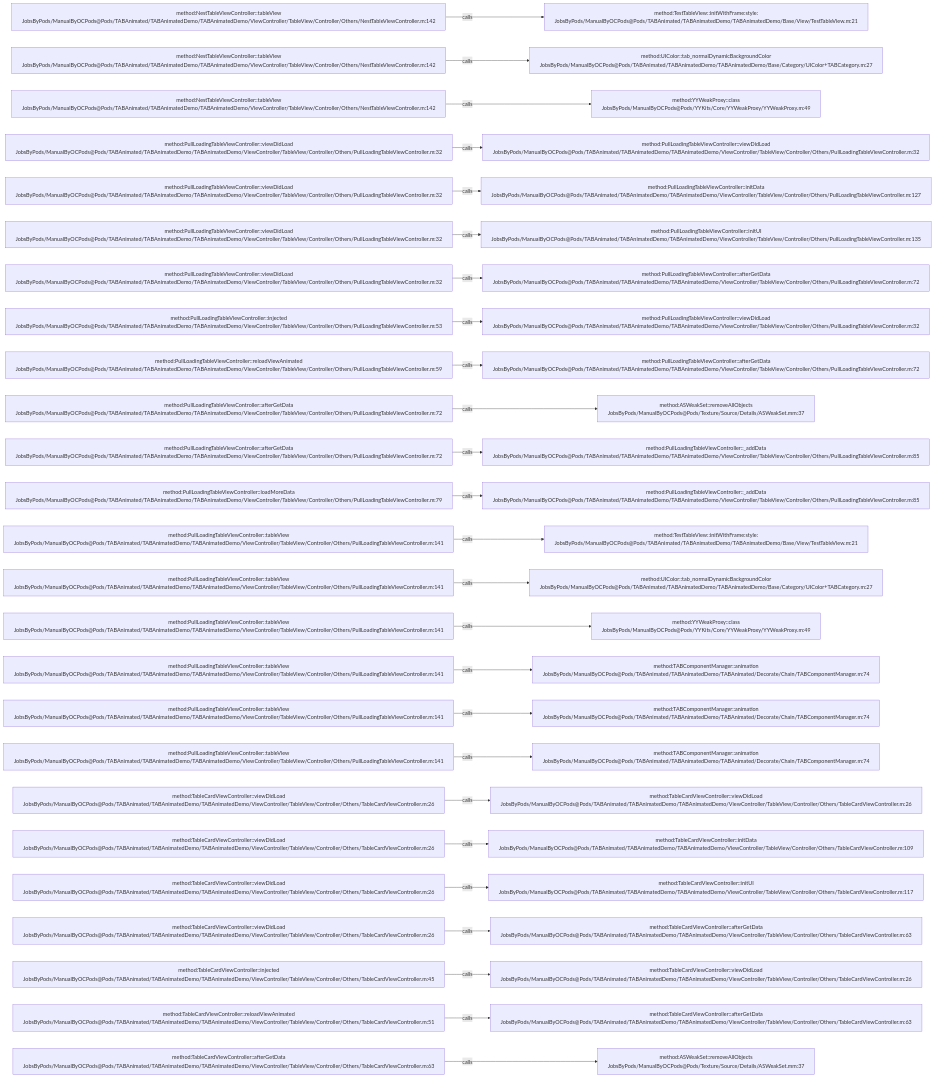
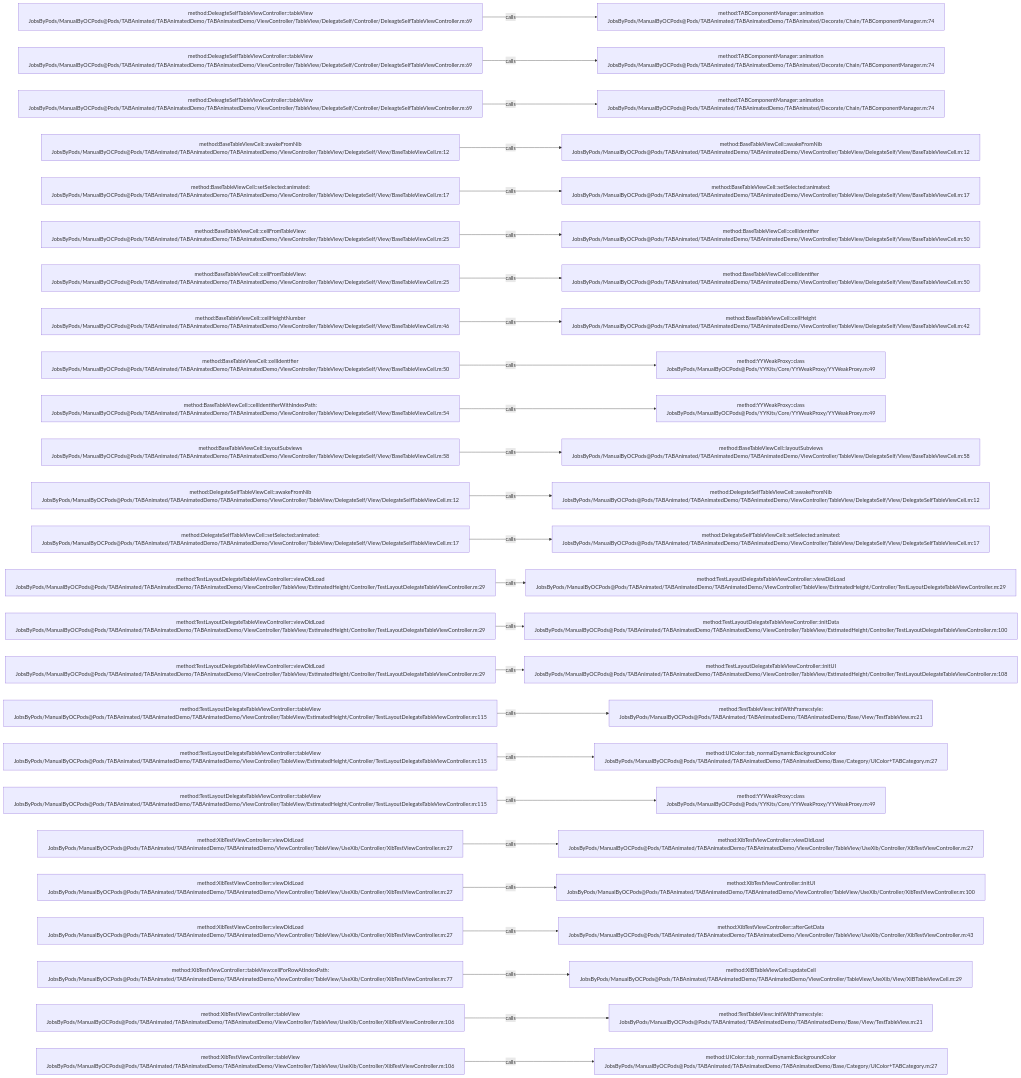
Before and after one commit to JobsKits/JobsOCBaseConfigDemo: the diagram in .codegraph/codegraph.md/graphs/calls-050.md, drawn with Mermaid. The commit also changed 2723 other files, not shown here.

````diff
--- a/.codegraph/codegraph.md/graphs/calls-050.md
+++ b/.codegraph/codegraph.md/graphs/calls-050.md
@@ -13,78 +13,78 @@
 ```mermaid
 flowchart LR
-  S1["method:NestTableViewController::tableView<br/>JobsByPods/ManualByOCPods@Pods/TABAnimated/TABAnimatedDemo/TABAnimatedDemo/ViewController/TableView/Controller/Others/NestTableViewController.m:142"]
-  T1["method:TestTableView::initWithFrame:style:<br/>JobsByPods/ManualByOCPods@Pods/TABAnimated/TABAnimatedDemo/TABAnimatedDemo/Base/View/TestTableView.m:21"]
+  S1["method:DeleagteSelfTableViewController::tableView<br/>JobsByPods/ManualByOCPods@Pods/TABAnimated/TABAnimatedDemo/TABAnimatedDemo/ViewController/TableView/DelegateSelf/Controller/DeleagteSelfTableViewController.m:69"]
+  T1["method:TABComponentManager::animation<br/>JobsByPods/ManualByOCPods@Pods/TABAnimated/TABAnimatedDemo/TABAnimated/Decorate/Chain/TABComponentManager.m:74"]
   S1 -->|calls| T1
-  S2["method:NestTableViewController::tableView<br/>JobsByPods/ManualByOCPods@Pods/TABAnimated/TABAnimatedDemo/TABAnimatedDemo/ViewController/TableView/Controller/Others/NestTableViewController.m:142"]
-  T2["method:UIColor::tab_normalDynamicBackgroundColor<br/>JobsByPods/ManualByOCPods@Pods/TABAnimated/TABAnimatedDemo/TABAnimatedDemo/Base/Category/UIColor+TABCategory.m:27"]
+  S2["method:DeleagteSelfTableViewController::tableView<br/>JobsByPods/ManualByOCPods@Pods/TABAnimated/TABAnimatedDemo/TABAnimatedDemo/ViewController/TableView/DelegateSelf/Controller/DeleagteSelfTableViewController.m:69"]
+  T2["method:TABComponentManager::animation<br/>JobsByPods/ManualByOCPods@Pods/TABAnimated/TABAnimatedDemo/TABAnimated/Decorate/Chain/TABComponentManager.m:74"]
   S2 -->|calls| T2
-  S3["method:NestTableViewController::tableView<br/>JobsByPods/ManualByOCPods@Pods/TABAnimated/TABAnimatedDemo/TABAnimatedDemo/ViewController/TableView/Controller/Others/NestTableViewController.m:142"]
-  T3["method:YYWeakProxy::class<br/>JobsByPods/ManualByOCPods@Pods/YYKits/Core/YYWeakProxy/YYWeakProxy.m:49"]
+  S3["method:DeleagteSelfTableViewController::tableView<br/>JobsByPods/ManualByOCPods@Pods/TABAnimated/TABAnimatedDemo/TABAnimatedDemo/ViewController/TableView/DelegateSelf/Controller/DeleagteSelfTableViewController.m:69"]
+  T3["method:TABComponentManager::animation<br/>JobsByPods/ManualByOCPods@Pods/TABAnimated/TABAnimatedDemo/TABAnimated/Decorate/Chain/TABComponentManager.m:74"]
   S3 -->|calls| T3
-  S4["method:PullLoadingTableViewController::viewDidLoad<br/>JobsByPods/ManualByOCPods@Pods/TABAnimated/TABAnimatedDemo/TABAnimatedDemo/ViewController/TableView/Controller/Others/PullLoadingTableViewController.m:32"]
-  T4["method:PullLoadingTableViewController::viewDidLoad<br/>JobsByPods/ManualByOCPods@Pods/TABAnimated/TABAnimatedDemo/TABAnimatedDemo/ViewController/TableView/Controller/Others/PullLoadingTableViewController.m:32"]
+  S4["method:BaseTableViewCell::awakeFromNib<br/>JobsByPods/ManualByOCPods@Pods/TABAnimated/TABAnimatedDemo/TABAnimatedDemo/ViewController/TableView/DelegateSelf/View/BaseTableViewCell.m:12"]
+  T4["method:BaseTableViewCell::awakeFromNib<br/>JobsByPods/ManualByOCPods@Pods/TABAnimated/TABAnimatedDemo/TABAnimatedDemo/ViewController/TableView/DelegateSelf/View/BaseTableViewCell.m:12"]
   S4 -->|calls| T4
-  S5["method:PullLoadingTableViewController::viewDidLoad<br/>JobsByPods/ManualByOCPods@Pods/TABAnimated/TABAnimatedDemo/TABAnimatedDemo/ViewController/TableView/Controller/Others/PullLoadingTableViewController.m:32"]
-  T5["method:PullLoadingTableViewController::initData<br/>JobsByPods/ManualByOCPods@Pods/TABAnimated/TABAnimatedDemo/TABAnimatedDemo/ViewController/TableView/Controller/Others/PullLoadingTableViewController.m:127"]
+  S5["method:BaseTableViewCell::setSelected:animated:<br/>JobsByPods/ManualByOCPods@Pods/TABAnimated/TABAnimatedDemo/TABAnimatedDemo/ViewController/TableView/DelegateSelf/View/BaseTableViewCell.m:17"]
+  T5["method:BaseTableViewCell::setSelected:animated:<br/>JobsByPods/ManualByOCPods@Pods/TABAnimated/TABAnimatedDemo/TABAnimatedDemo/ViewController/TableView/DelegateSelf/View/BaseTableViewCell.m:17"]
   S5 -->|calls| T5
-  S6["method:PullLoadingTableViewController::viewDidLoad<br/>JobsByPods/ManualByOCPods@Pods/TABAnimated/TABAnimatedDemo/TABAnimatedDemo/ViewController/TableView/Controller/Others/PullLoadingTableViewController.m:32"]
-  T6["method:PullLoadingTableViewController::initUI<br/>JobsByPods/ManualByOCPods@Pods/TABAnimated/TABAnimatedDemo/TABAnimatedDemo/ViewController/TableView/Controller/Others/PullLoadingTableViewController.m:135"]
+  S6["method:BaseTableViewCell::cellFromTableView:<br/>JobsByPods/ManualByOCPods@Pods/TABAnimated/TABAnimatedDemo/TABAnimatedDemo/ViewController/TableView/DelegateSelf/View/BaseTableViewCell.m:25"]
+  T6["method:BaseTableViewCell::cellIdentifier<br/>JobsByPods/ManualByOCPods@Pods/TABAnimated/TABAnimatedDemo/TABAnimatedDemo/ViewController/TableView/DelegateSelf/View/BaseTableViewCell.m:50"]
   S6 -->|calls| T6
-  S7["method:PullLoadingTableViewController::viewDidLoad<br/>JobsByPods/ManualByOCPods@Pods/TABAnimated/TABAnimatedDemo/TABAnimatedDemo/ViewController/TableView/Controller/Others/PullLoadingTableViewController.m:32"]
-  T7["method:PullLoadingTableViewController::afterGetData<br/>JobsByPods/ManualByOCPods@Pods/TABAnimated/TABAnimatedDemo/TABAnimatedDemo/ViewController/TableView/Controller/Others/PullLoadingTableViewController.m:72"]
+  S7["method:BaseTableViewCell::cellFromTableView:<br/>JobsByPods/ManualByOCPods@Pods/TABAnimated/TABAnimatedDemo/TABAnimatedDemo/ViewController/TableView/DelegateSelf/View/BaseTableViewCell.m:25"]
+  T7["method:BaseTableViewCell::cellIdentifier<br/>JobsByPods/ManualByOCPods@Pods/TABAnimated/TABAnimatedDemo/TABAnimatedDemo/ViewController/TableView/DelegateSelf/View/BaseTableViewCell.m:50"]
   S7 -->|calls| T7
-  S8["method:PullLoadingTableViewController::injected<br/>JobsByPods/ManualByOCPods@Pods/TABAnimated/TABAnimatedDemo/TABAnimatedDemo/ViewController/TableView/Controller/Others/PullLoadingTableViewController.m:53"]
-  T8["method:PullLoadingTableViewController::viewDidLoad<br/>JobsByPods/ManualByOCPods@Pods/TABAnimated/TABAnimatedDemo/TABAnimatedDemo/ViewController/TableView/Controller/Others/PullLoadingTableViewController.m:32"]
+  S8["method:BaseTableViewCell::cellHeightNumber<br/>JobsByPods/ManualByOCPods@Pods/TABAnimated/TABAnimatedDemo/TABAnimatedDemo/ViewController/TableView/DelegateSelf/View/BaseTableViewCell.m:46"]
+  T8["method:BaseTableViewCell::cellHeight<br/>JobsByPods/ManualByOCPods@Pods/TABAnimated/TABAnimatedDemo/TABAnimatedDemo/ViewController/TableView/DelegateSelf/View/BaseTableViewCell.m:42"]
   S8 -->|calls| T8
-  S9["method:PullLoadingTableViewController::reloadViewAnimated<br/>JobsByPods/ManualByOCPods@Pods/TABAnimated/TABAnimatedDemo/TABAnimatedDemo/ViewController/TableView/Controller/Others/PullLoadingTableViewController.m:59"]
-  T9["method:PullLoadingTableViewController::afterGetData<br/>JobsByPods/ManualByOCPods@Pods/TABAnimated/TABAnimatedDemo/TABAnimatedDemo/ViewController/TableView/Controller/Others/PullLoadingTableViewController.m:72"]
+  S9["method:BaseTableViewCell::cellIdentifier<br/>JobsByPods/ManualByOCPods@Pods/TABAnimated/TABAnimatedDemo/TABAnimatedDemo/ViewController/TableView/DelegateSelf/View/BaseTableViewCell.m:50"]
+  T9["method:YYWeakProxy::class<br/>JobsByPods/ManualByOCPods@Pods/YYKits/Core/YYWeakProxy/YYWeakProxy.m:49"]
   S9 -->|calls| T9
-  S10["method:PullLoadingTableViewController::afterGetData<br/>JobsByPods/ManualByOCPods@Pods/TABAnimated/TABAnimatedDemo/TABAnimatedDemo/ViewController/TableView/Controller/Others/PullLoadingTableViewController.m:72"]
-  T10["method:ASWeakSet::removeAllObjects<br/>JobsByPods/ManualByOCPods@Pods/Texture/Source/Details/ASWeakSet.mm:37"]
+  S10["method:BaseTableViewCell::cellIdentifierWithIndexPath:<br/>JobsByPods/ManualByOCPods@Pods/TABAnimated/TABAnimatedDemo/TABAnimatedDemo/ViewController/TableView/DelegateSelf/View/BaseTableViewCell.m:54"]
+  T10["method:YYWeakProxy::class<br/>JobsByPods/ManualByOCPods@Pods/YYKits/Core/YYWeakProxy/YYWeakProxy.m:49"]
   S10 -->|calls| T10
-  S11["method:PullLoadingTableViewController::afterGetData<br/>JobsByPods/ManualByOCPods@Pods/TABAnimated/TABAnimatedDemo/TABAnimatedDemo/ViewController/TableView/Controller/Others/PullLoadingTableViewController.m:72"]
-  T11["method:PullLoadingTableViewController::_addData<br/>JobsByPods/ManualByOCPods@Pods/TABAnimated/TABAnimatedDemo/TABAnimatedDemo/ViewController/TableView/Controller/Others/PullLoadingTableViewController.m:85"]
+  S11["method:BaseTableViewCell::layoutSubviews<br/>JobsByPods/ManualByOCPods@Pods/TABAnimated/TABAnimatedDemo/TABAnimatedDemo/ViewController/TableView/DelegateSelf/View/BaseTableViewCell.m:58"]
+  T11["method:BaseTableViewCell::layoutSubviews<br/>JobsByPods/ManualByOCPods@Pods/TABAnimated/TABAnimatedDemo/TABAnimatedDemo/ViewController/TableView/DelegateSelf/View/BaseTableViewCell.m:58"]
   S11 -->|calls| T11
-  S12["method:PullLoadingTableViewController::loadMoreData<br/>JobsByPods/ManualByOCPods@Pods/TABAnimated/TABAnimatedDemo/TABAnimatedDemo/ViewController/TableView/Controller/Others/PullLoadingTableViewController.m:79"]
-  T12["method:PullLoadingTableViewController::_addData<br/>JobsByPods/ManualByOCPods@Pods/TABAnimated/TABAnimatedDemo/TABAnimatedDemo/ViewController/TableView/Controller/Others/PullLoadingTableViewController.m:85"]
+  S12["method:DelegateSelfTableViewCell::awakeFromNib<br/>JobsByPods/ManualByOCPods@Pods/TABAnimated/TABAnimatedDemo/TABAnimatedDemo/ViewController/TableView/DelegateSelf/View/DelegateSelfTableViewCell.m:12"]
+  T12["method:DelegateSelfTableViewCell::awakeFromNib<br/>JobsByPods/ManualByOCPods@Pods/TABAnimated/TABAnimatedDemo/TABAnimatedDemo/ViewController/TableView/DelegateSelf/View/DelegateSelfTableViewCell.m:12"]
   S12 -->|calls| T12
-  S13["method:PullLoadingTableViewController::tableView<br/>JobsByPods/ManualByOCPods@Pods/TABAnimated/TABAnimatedDemo/TABAnimatedDemo/ViewController/TableView/Controller/Others/PullLoadingTableViewController.m:141"]
-  T13["method:TestTableView::initWithFrame:style:<br/>JobsByPods/ManualByOCPods@Pods/TABAnimated/TABAnimatedDemo/TABAnimatedDemo/Base/View/TestTableView.m:21"]
+  S13["method:DelegateSelfTableViewCell::setSelected:animated:<br/>JobsByPods/ManualByOCPods@Pods/TABAnimated/TABAnimatedDemo/TABAnimatedDemo/ViewController/TableView/DelegateSelf/View/DelegateSelfTableViewCell.m:17"]
+  T13["method:DelegateSelfTableViewCell::setSelected:animated:<br/>JobsByPods/ManualByOCPods@Pods/TABAnimated/TABAnimatedDemo/TABAnimatedDemo/ViewController/TableView/DelegateSelf/View/DelegateSelfTableViewCell.m:17"]
   S13 -->|calls| T13
-  S14["method:PullLoadingTableViewController::tableView<br/>JobsByPods/ManualByOCPods@Pods/TABAnimated/TABAnimatedDemo/TABAnimatedDemo/ViewController/TableView/Controller/Others/PullLoadingTableViewController.m:141"]
-  T14["method:UIColor::tab_normalDynamicBackgroundColor<br/>JobsByPods/ManualByOCPods@Pods/TABAnimated/TABAnimatedDemo/TABAnimatedDemo/Base/Category/UIColor+TABCategory.m:27"]
+  S14["method:TestLayoutDelegateTableViewController::viewDidLoad<br/>JobsByPods/ManualByOCPods@Pods/TABAnimated/TABAnimatedDemo/TABAnimatedDemo/ViewController/TableView/EstimatedHeight/Controller/TestLayoutDelegateTableViewController.m:29"]
+  T14["method:TestLayoutDelegateTableViewController::viewDidLoad<br/>JobsByPods/ManualByOCPods@Pods/TABAnimated/TABAnimatedDemo/TABAnimatedDemo/ViewController/TableView/EstimatedHeight/Controller/TestLayoutDelegateTableViewController.m:29"]
   S14 -->|calls| T14
-  S15["method:PullLoadingTableViewController::tableView<br/>JobsByPods/ManualByOCPods@Pods/TABAnimated/TABAnimatedDemo/TABAnimatedDemo/ViewController/TableView/Controller/Others/PullLoadingTableViewController.m:141"]
-  T15["method:YYWeakProxy::class<br/>JobsByPods/ManualByOCPods@Pods/YYKits/Core/YYWeakProxy/YYWeakProxy.m:49"]
+  S15["method:TestLayoutDelegateTableViewController::viewDidLoad<br/>JobsByPods/ManualByOCPods@Pods/TABAnimated/TABAnimatedDemo/TABAnimatedDemo/ViewController/TableView/EstimatedHeight/Controller/TestLayoutDelegateTableViewController.m:29"]
+  T15["method:TestLayoutDelegateTableViewController::initData<br/>JobsByPods/ManualByOCPods@Pods/TABAnimated/TABAnimatedDemo/TABAnimatedDemo/ViewController/TableView/EstimatedHeight/Controller/TestLayoutDelegateTableViewController.m:100"]
   S15 -->|calls| T15
-  S16["method:PullLoadingTableViewController::tableView<br/>JobsByPods/ManualByOCPods@Pods/TABAnimated/TABAnimatedDemo/TABAnimatedDemo/ViewController/TableView/Controller/Others/PullLoadingTableViewController.m:141"]
-  T16["method:TABComponentManager::animation<br/>JobsByPods/ManualByOCPods@Pods/TABAnimated/TABAnimatedDemo/TABAnimated/Decorate/Chain/TABComponentManager.m:74"]
+  S16["method:TestLayoutDelegateTableViewController::viewDidLoad<br/>JobsByPods/ManualByOCPods@Pods/TABAnimated/TABAnimatedDemo/TABAnimatedDemo/ViewController/TableView/EstimatedHeight/Controller/TestLayoutDelegateTableViewController.m:29"]
+  T16["method:TestLayoutDelegateTableViewController::initUI<br/>JobsByPods/ManualByOCPods@Pods/TABAnimated/TABAnimatedDemo/TABAnimatedDemo/ViewController/TableView/EstimatedHeight/Controller/TestLayoutDelegateTableViewController.m:108"]
   S16 -->|calls| T16
-  S17["method:PullLoadingTableViewController::tableView<br/>JobsByPods/ManualByOCPods@Pods/TABAnimated/TABAnimatedDemo/TABAnimatedDemo/ViewController/TableView/Controller/Others/PullLoadingTableViewController.m:141"]
-  T17["method:TABComponentManager::animation<br/>JobsByPods/ManualByOCPods@Pods/TABAnimated/TABAnimatedDemo/TABAnimated/Decorate/Chain/TABComponentManager.m:74"]
+  S17["method:TestLayoutDelegateTableViewController::tableView<br/>JobsByPods/ManualByOCPods@Pods/TABAnimated/TABAnimatedDemo/TABAnimatedDemo/ViewController/TableView/EstimatedHeight/Controller/TestLayoutDelegateTableViewController.m:115"]
+  T17["method:TestTableView::initWithFrame:style:<br/>JobsByPods/ManualByOCPods@Pods/TABAnimated/TABAnimatedDemo/TABAnimatedDemo/Base/View/TestTableView.m:21"]
   S17 -->|calls| T17
-  S18["method:PullLoadingTableViewController::tableView<br/>JobsByPods/ManualByOCPods@Pods/TABAnimated/TABAnimatedDemo/TABAnimatedDemo/ViewController/TableView/Controller/Others/PullLoadingTableViewController.m:141"]
-  T18["method:TABComponentManager::animation<br/>JobsByPods/ManualByOCPods@Pods/TABAnimated/TABAnimatedDemo/TABAnimated/Decorate/Chain/TABComponentManager.m:74"]
+  S18["method:TestLayoutDelegateTableViewController::tableView<br/>JobsByPods/ManualByOCPods@Pods/TABAnimated/TABAnimatedDemo/TABAnimatedDemo/ViewController/TableView/EstimatedHeight/Controller/TestLayoutDelegateTableViewController.m:115"]
+  T18["method:UIColor::tab_normalDynamicBackgroundColor<br/>JobsByPods/ManualByOCPods@Pods/TABAnimated/TABAnimatedDemo/TABAnimatedDemo/Base/Category/UIColor+TABCategory.m:27"]
   S18 -->|calls| T18
-  S19["method:TableCardViewController::viewDidLoad<br/>JobsByPods/ManualByOCPods@Pods/TABAnimated/TABAnimatedDemo/TABAnimatedDemo/ViewController/TableView/Controller/Others/TableCardViewController.m:26"]
-  T19["method:TableCardViewController::viewDidLoad<br/>JobsByPods/ManualByOCPods@Pods/TABAnimated/TABAnimatedDemo/TABAnimatedDemo/ViewController/TableView/Controller/Others/TableCardViewController.m:26"]
+  S19["method:TestLayoutDelegateTableViewController::tableView<br/>JobsByPods/ManualByOCPods@Pods/TABAnimated/TABAnimatedDemo/TABAnimatedDemo/ViewController/TableView/EstimatedHeight/Controller/TestLayoutDelegateTableViewController.m:115"]
+  T19["method:YYWeakProxy::class<br/>JobsByPods/ManualByOCPods@Pods/YYKits/Core/YYWeakProxy/YYWeakProxy.m:49"]
   S19 -->|calls| T19
-  S20["method:TableCardViewController::viewDidLoad<br/>JobsByPods/ManualByOCPods@Pods/TABAnimated/TABAnimatedDemo/TABAnimatedDemo/ViewController/TableView/Controller/Others/TableCardViewController.m:26"]
-  T20["method:TableCardViewController::initData<br/>JobsByPods/ManualByOCPods@Pods/TABAnimated/TABAnimatedDemo/TABAnimatedDemo/ViewController/TableView/Controller/Others/TableCardViewController.m:109"]
+  S20["method:XibTestViewController::viewDidLoad<br/>JobsByPods/ManualByOCPods@Pods/TABAnimated/TABAnimatedDemo/TABAnimatedDemo/ViewController/TableView/UseXib/Controller/XibTestViewController.m:27"]
+  T20["method:XibTestViewController::viewDidLoad<br/>JobsByPods/ManualByOCPods@Pods/TABAnimated/TABAnimatedDemo/TABAnimatedDemo/ViewController/TableView/UseXib/Controller/XibTestViewController.m:27"]
   S20 -->|calls| T20
-  S21["method:TableCardViewController::viewDidLoad<br/>JobsByPods/ManualByOCPods@Pods/TABAnimated/TABAnimatedDemo/TABAnimatedDemo/ViewController/TableView/Controller/Others/TableCardViewController.m:26"]
-  T21["method:TableCardViewController::initUI<br/>JobsByPods/ManualByOCPods@Pods/TABAnimated/TABAnimatedDemo/TABAnimatedDemo/ViewController/TableView/Controller/Others/TableCardViewController.m:117"]
+  S21["method:XibTestViewController::viewDidLoad<br/>JobsByPods/ManualByOCPods@Pods/TABAnimated/TABAnimatedDemo/TABAnimatedDemo/ViewController/TableView/UseXib/Controller/XibTestViewController.m:27"]
+  T21["method:XibTestViewController::initUI<br/>JobsByPods/ManualByOCPods@Pods/TABAnimated/TABAnimatedDemo/TABAnimatedDemo/ViewController/TableView/UseXib/Controller/XibTestViewController.m:100"]
   S21 -->|calls| T21
-  S22["method:TableCardViewController::viewDidLoad<br/>JobsByPods/ManualByOCPods@Pods/TABAnimated/TABAnimatedDemo/TABAnimatedDemo/ViewController/TableView/Controller/Others/TableCardViewController.m:26"]
-  T22["method:TableCardViewController::afterGetData<br/>JobsByPods/ManualByOCPods@Pods/TABAnimated/TABAnimatedDemo/TABAnimatedDemo/ViewController/TableView/Controller/Others/TableCardViewController.m:63"]
+  S22["method:XibTestViewController::viewDidLoad<br/>JobsByPods/ManualByOCPods@Pods/TABAnimated/TABAnimatedDemo/TABAnimatedDemo/ViewController/TableView/UseXib/Controller/XibTestViewController.m:27"]
+  T22["method:XibTestViewController::afterGetData<br/>JobsByPods/ManualByOCPods@Pods/TABAnimated/TABAnimatedDemo/TABAnimatedDemo/ViewController/TableView/UseXib/Controller/XibTestViewController.m:43"]
   S22 -->|calls| T22
-  S23["method:TableCardViewController::injected<br/>JobsByPods/ManualByOCPods@Pods/TABAnimated/TABAnimatedDemo/TABAnimatedDemo/ViewController/TableView/Controller/Others/TableCardViewController.m:45"]
-  T23["method:TableCardViewController::viewDidLoad<br/>JobsByPods/ManualByOCPods@Pods/TABAnimated/TABAnimatedDemo/TABAnimatedDemo/ViewController/TableView/Controller/Others/TableCardViewController.m:26"]
+  S23["method:XibTestViewController::tableView:cellForRowAtIndexPath:<br/>JobsByPods/ManualByOCPods@Pods/TABAnimated/TABAnimatedDemo/TABAnimatedDemo/ViewController/TableView/UseXib/Controller/XibTestViewController.m:77"]
+  T23["method:XIBTableViewCell::updateCell<br/>JobsByPods/ManualByOCPods@Pods/TABAnimated/TABAnimatedDemo/TABAnimatedDemo/ViewController/TableView/UseXib/View/XIBTableViewCell.m:29"]
   S23 -->|calls| T23
-  S24["method:TableCardViewController::reloadViewAnimated<br/>JobsByPods/ManualByOCPods@Pods/TABAnimated/TABAnimatedDemo/TABAnimatedDemo/ViewController/TableView/Controller/Others/TableCardViewController.m:51"]
-  T24["method:TableCardViewController::afterGetData<br/>JobsByPods/ManualByOCPods@Pods/TABAnimated/TABAnimatedDemo/TABAnimatedDemo/ViewController/TableView/Controller/Others/TableCardViewController.m:63"]
+  S24["method:XibTestViewController::tableView<br/>JobsByPods/ManualByOCPods@Pods/TABAnimated/TABAnimatedDemo/TABAnimatedDemo/ViewController/TableView/UseXib/Controller/XibTestViewController.m:106"]
+  T24["method:TestTableView::initWithFrame:style:<br/>JobsByPods/ManualByOCPods@Pods/TABAnimated/TABAnimatedDemo/TABAnimatedDemo/Base/View/TestTableView.m:21"]
   S24 -->|calls| T24
-  S25["method:TableCardViewController::afterGetData<br/>JobsByPods/ManualByOCPods@Pods/TABAnimated/TABAnimatedDemo/TABAnimatedDemo/ViewController/TableView/Controller/Others/TableCardViewController.m:63"]
-  T25["method:ASWeakSet::removeAllObjects<br/>JobsByPods/ManualByOCPods@Pods/Texture/Source/Details/ASWeakSet.mm:37"]
+  S25["method:XibTestViewController::tableView<br/>JobsByPods/ManualByOCPods@Pods/TABAnimated/TABAnimatedDemo/TABAnimatedDemo/ViewController/TableView/UseXib/Controller/XibTestViewController.m:106"]
+  T25["method:UIColor::tab_normalDynamicBackgroundColor<br/>JobsByPods/ManualByOCPods@Pods/TABAnimated/TABAnimatedDemo/TABAnimatedDemo/Base/Category/UIColor+TABCategory.m:27"]
   S25 -->|calls| T25
 ```
````
